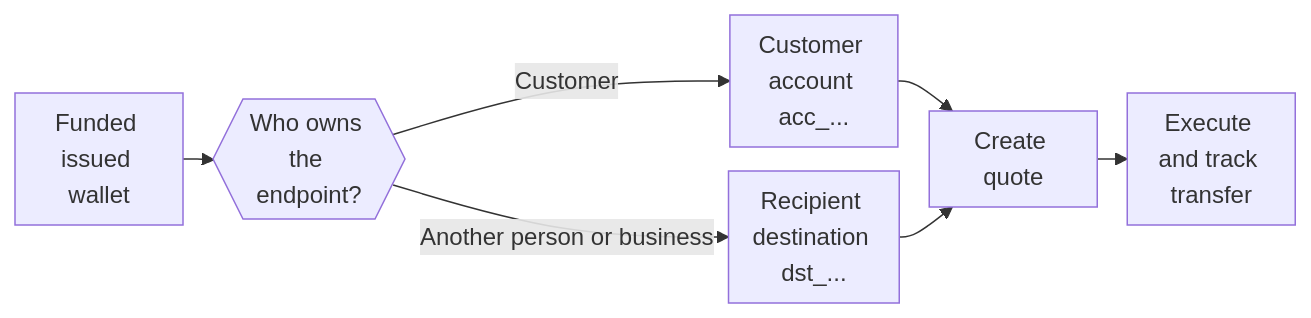
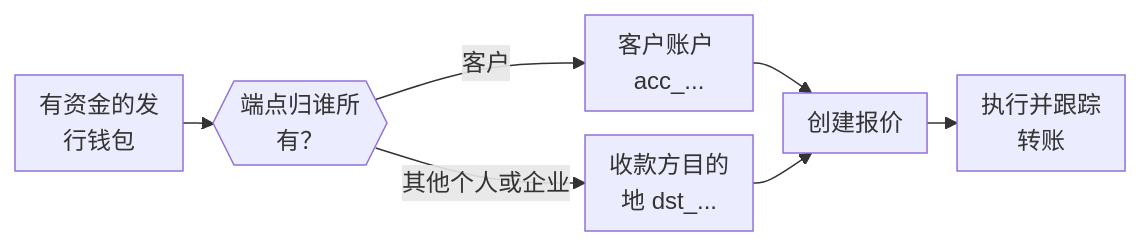
One commit to swipelux/public-docs changed the diagram in cn/integration/send-funds.mdx. Above: the diagram before and after it, drawn with Mermaid. The commit also changed other lines of this file and 285 other files, not shown here.

````diff
--- a/cn/integration/send-funds.mdx
+++ b/cn/integration/send-funds.mdx
@@ -8,10 +8,10 @@
 ```mermaid
 %%{init: {"flowchart": {"rankSpacing": 20, "nodeSpacing": 16, "wrappingWidth": 80, "padding": 8}}}%%
 flowchart LR
-  A["Funded issued wallet"] --> B{{"Who owns the endpoint?"}}
-  B -->|"Customer"| C["Customer account acc_..."]
-  B -->|"Another person or business"| D["Recipient destination dst_..."]
-  C --> E["Create quote"]
+  A["有资金的发行钱包"] --> B{{"端点归谁所有？"}}
+  B -->|"客户"| C["客户账户 acc_..."]
+  B -->|"其他个人或企业"| D["收款方目的地 dst_..."]
+  C --> E["创建报价"]
   D --> E
-  E --> F["Execute and track transfer"]
+  E --> F["执行并跟踪转账"]
 ```
````
